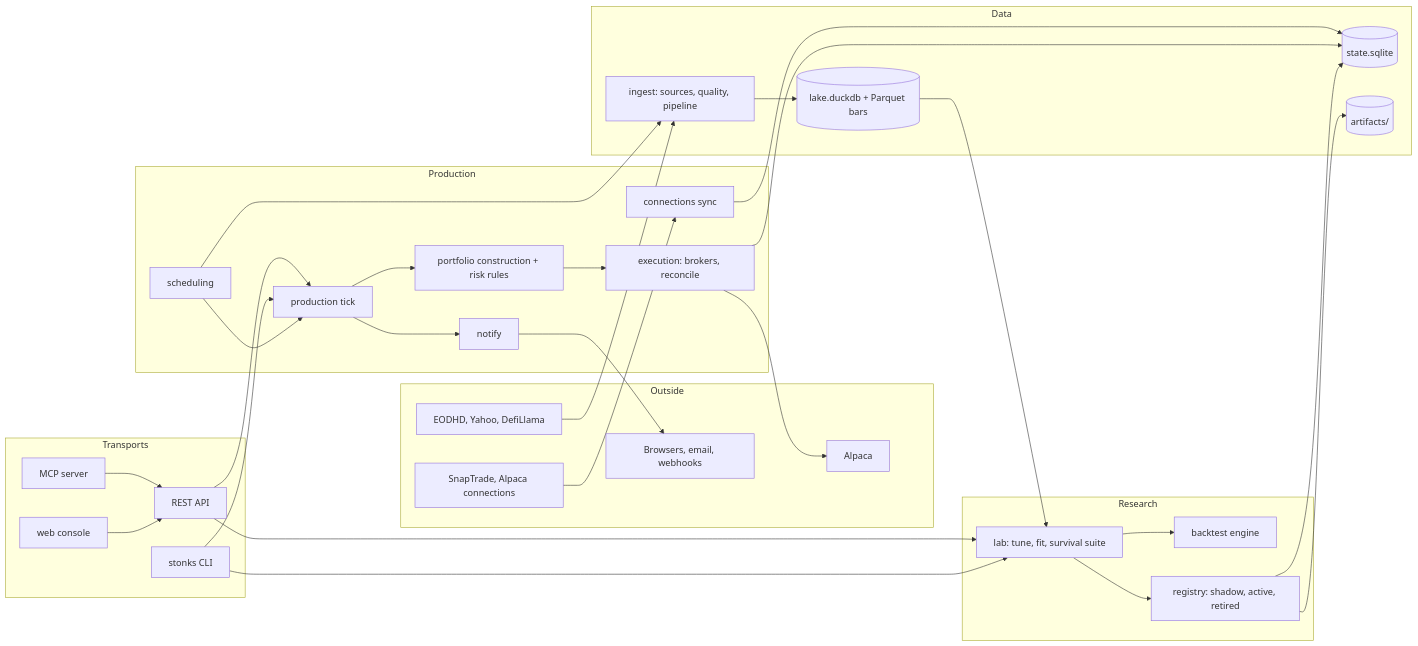
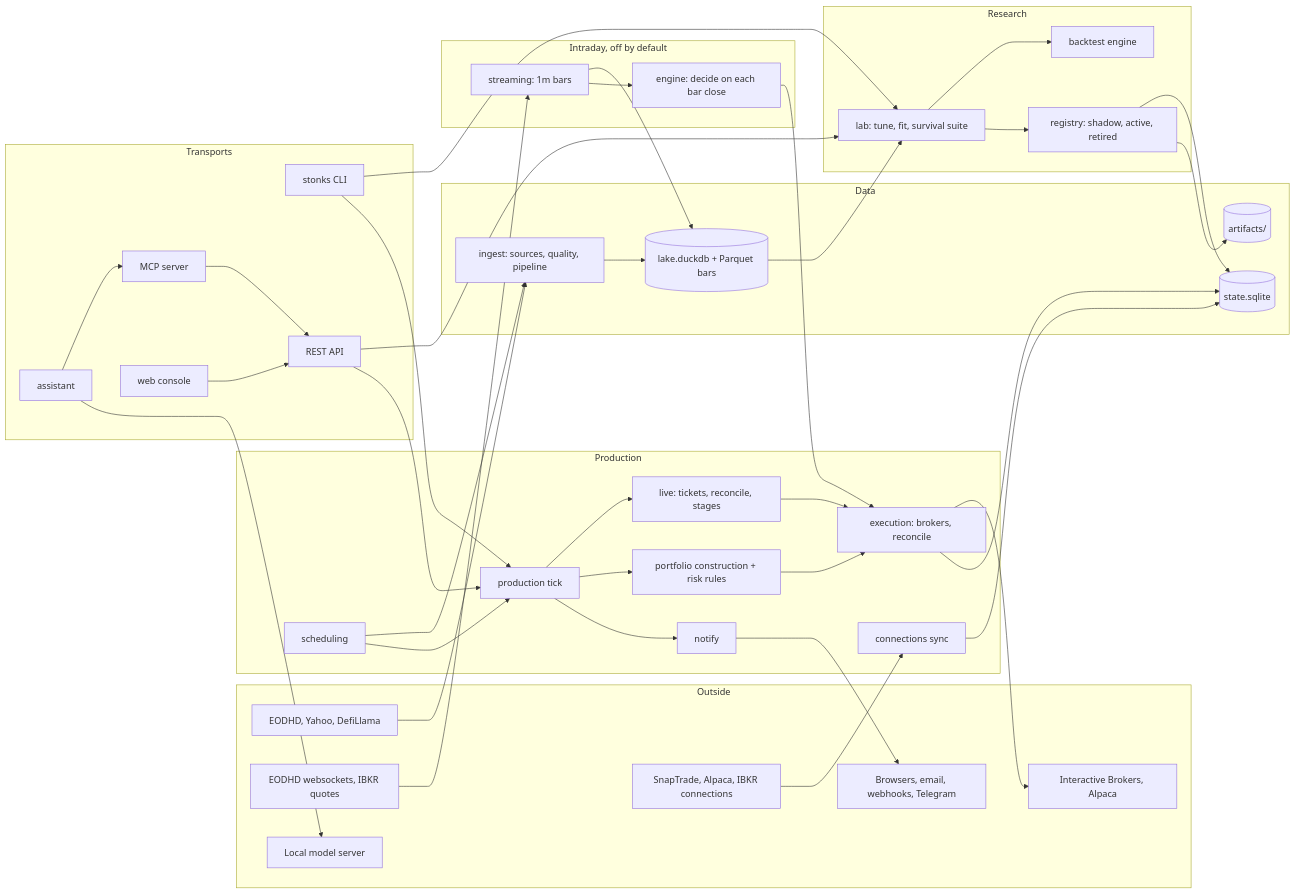
One commit to sleousis/Stonks changed the first of 4 diagrams in docs/architecture.md. Above: the diagram before and after it, drawn with Mermaid. The commit also changed other lines of this file and 27 other files, not shown here.

````diff
--- a/docs/architecture.md
+++ b/docs/architecture.md
@@ -7,57 +7,71 @@
 ```mermaid
 flowchart LR
   subgraph EXT[Outside]
     V[EODHD, Yahoo, DefiLlama]
-    BR[Alpaca]
-    AG[SnapTrade, Alpaca connections]
-    PUSH[Browsers, email, webhooks]
+    Q[EODHD websockets, IBKR quotes]
+    BR[Interactive Brokers, Alpaca]
+    AG[SnapTrade, Alpaca, IBKR connections]
+    PUSH[Browsers, email, webhooks, Telegram]
+    LLM[Local model server]
   end
 
   subgraph DATA[Data]
     ING[ingest: sources, quality, pipeline]
     LAKE[(lake.duckdb + Parquet bars)]
     STATE[(state.sqlite)]
     ART[(artifacts/)]
   end
 
   subgraph RESEARCH[Research]
     LAB[lab: tune, fit, survival suite]
     BT[backtest engine]
     REG[registry: shadow, active, retired]
   end
 
   subgraph PROD[Production]
     SCH[scheduling]
     TICK[production tick]
     PF[portfolio construction + risk rules]
     EX[execution: brokers, reconcile]
     NT[notify]
     CN[connections sync]
+    LV[live: tickets, reconcile, stages]
+  end
+
+  subgraph INTRA[Intraday, off by default]
+    STR[streaming: 1m bars]
+    ENG[engine: decide on each bar close]
   end
 
   subgraph UI[Transports]
     CLI[stonks CLI]
     API[REST API]
     MCP[MCP server]
     WEB[web console]
+    AS[assistant]
   end
 
   V --> ING --> LAKE
+  Q --> STR --> LAKE
+  STR --> ENG --> EX
+  TICK --> LV --> EX
+  AS --> MCP
+  AS --> LLM
   LAKE --> LAB
   LAB --> BT
   LAB --> REG
   REG --> STATE
   REG --> ART
   SCH --> ING
   SCH --> TICK
   TICK --> PF --> EX --> BR
   EX --> STATE
   TICK --> NT --> PUSH
   AG --> CN --> STATE
   CLI --> LAB
   CLI --> TICK
   WEB --> API
   MCP --> API
   API --> LAB
   API --> TICK
 ```
````
